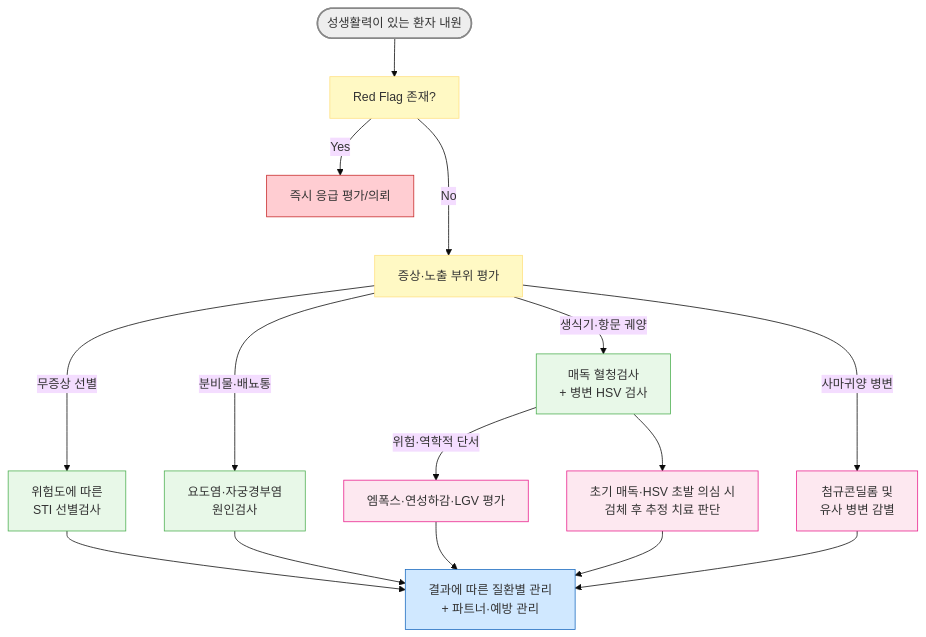
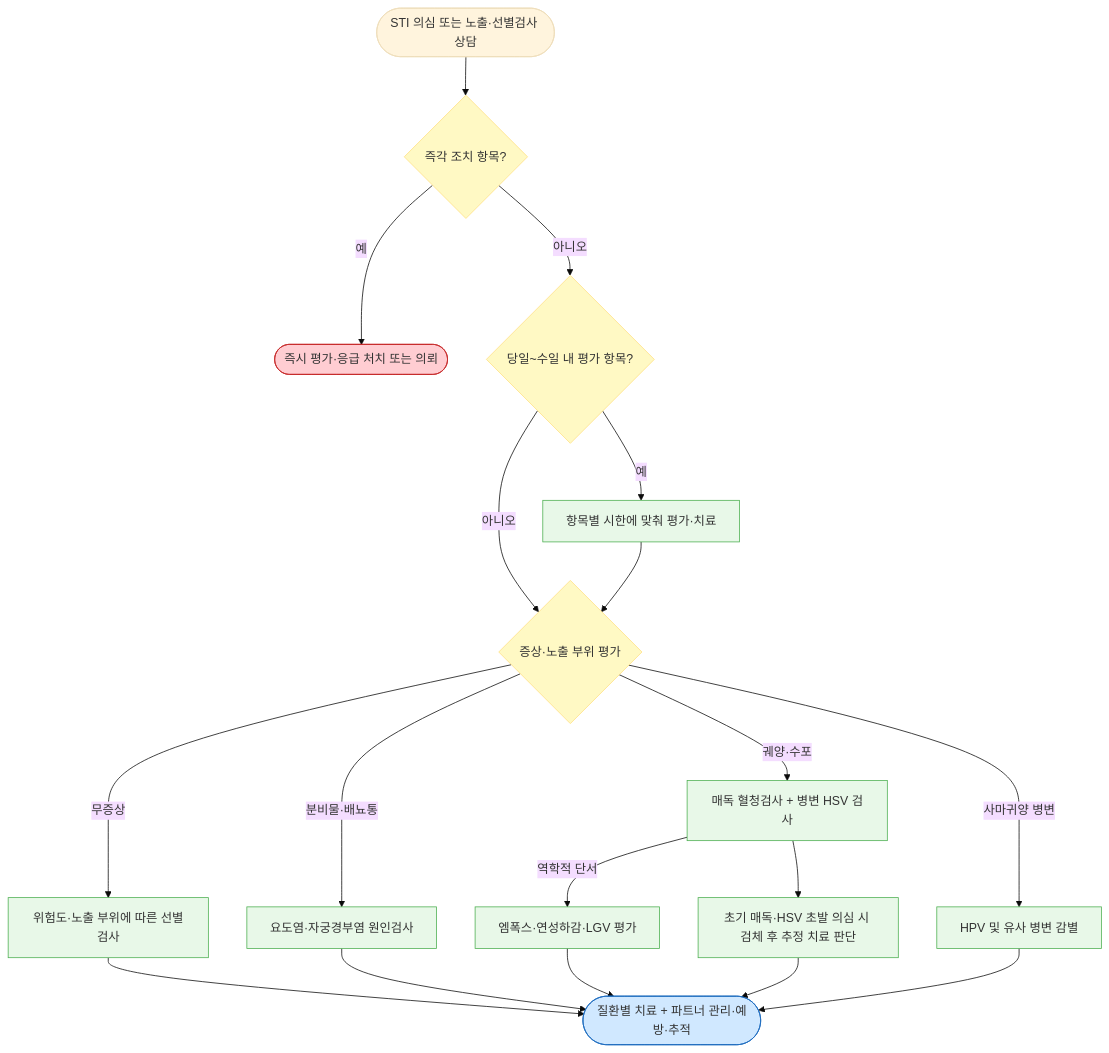
Before and after one commit to familyoh77/familyoh77: the diagram in 227_/115_-1.STI.md, drawn with Mermaid (base theme). The commit also changed other lines of this file and 7 other files, not shown here.

````diff
--- a/227_/115_-1.STI.md
+++ b/227_/115_-1.STI.md
@@ -118,26 +131,28 @@
 ```mermaid
-graph TD
-    A([성생활력이 있는 환자 내원]) --> B[Red Flag 존재?]
-    B -- Yes --> C[즉시 응급 평가/의뢰]
-    B -- No ---> D[증상·노출 부위 평가]
-    D -- 무증상 선별 --> E[위험도에 따른<br/>STI 선별검사]
-    D -- 분비물·배뇨통 --> F[요도염·자궁경부염<br/>원인검사]
-    D -- 생식기·항문 궤양 --> G[매독 혈청검사<br/>+ 병변 HSV 검사]
-    G --> G2[초기 매독·HSV 초발 의심 시<br/>검체 후 추정 치료 판단]
-    G -- 위험·역학적 단서 --> G1[엠폭스·연성하감·LGV 평가]
-    D -- 사마귀양 병변 --> H[첨규콘딜롬 및<br/>유사 병변 감별]
-    E --> I[결과에 따른 질환별 관리<br/>+ 파트너·예방 관리]
+flowchart TD
+    A(["STI 의심 또는 노출·선별검사 상담"]) --> B{"즉각 조치 항목?"}
+    B -- 예 --> C(["즉시 평가·응급 처치 또는 의뢰"])
+    B -- 아니오 --> J{"당일~수일 내 평가 항목?"}
+    J -- 예 --> K["항목별 시한에 맞춰 평가·치료"]
+    J -- 아니오 --> D{"증상·노출 부위 평가"}
+    K --> D
+    D -- 무증상 --> E["위험도·노출 부위에 따른 선별검사"]
+    D -- 분비물·배뇨통 --> F["요도염·자궁경부염 원인검사"]
+    D -- 궤양·수포 --> G["매독 혈청검사 + 병변 HSV 검사"]
+    G --> G2["초기 매독·HSV 초발 의심 시 검체 후 추정 치료 판단"]
+    G -- 역학적 단서 --> G1["엠폭스·연성하감·LGV 평가"]
+    D -- 사마귀양 병변 --> H["HPV 및 유사 병변 감별"]
+    E --> I(["질환별 치료 + 파트너 관리·예방·추적"])
     F --> I
     G1 --> I
     G2 --> I
     H --> I
-style A fill:#eeeeee,stroke:#888888,stroke-width:2px
-classDef yellow fill:#fff9c4,stroke:#ffe082
-class B,D yellow
-style C fill:#ffcdd2,stroke:#c62828
-classDef lightGreen fill:#e8f8e8,stroke:#4caf50
-class E,F,G lightGreen
-style I fill:#d0e8ff,stroke:#1a6abf
-classDef pink fill:#fde8f0,stroke:#e91e8c
-class G1,G2,H pink
+    classDef urgent fill:#ffcdd2,stroke:#c62828
+    classDef caution fill:#fff9c4,stroke:#ffe082
+    classDef assess fill:#e8f8e8,stroke:#4caf50
+    classDef plan fill:#d0e8ff,stroke:#1a6abf
+    class B,J,D caution
+    class C urgent
+    class E,F,G,G1,G2,H,K assess
+    class I plan
 ```
````
